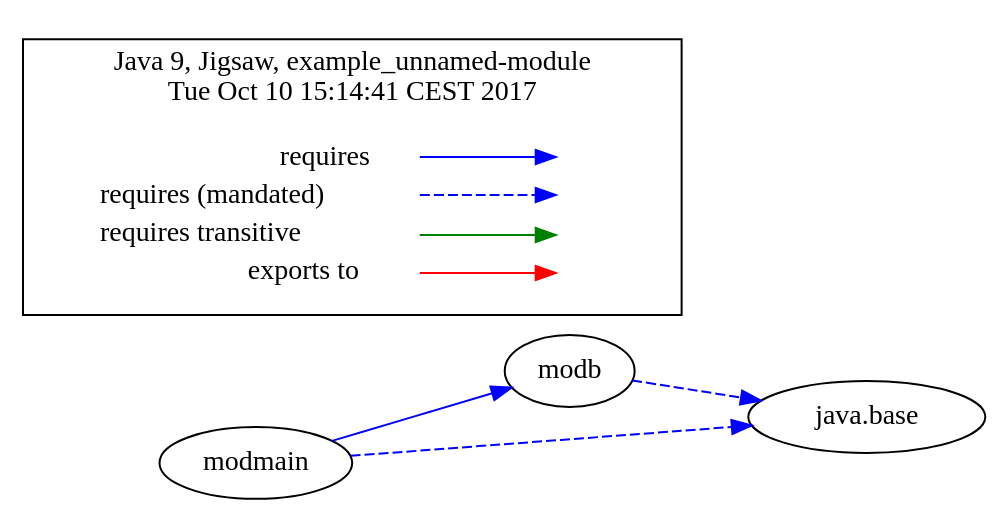
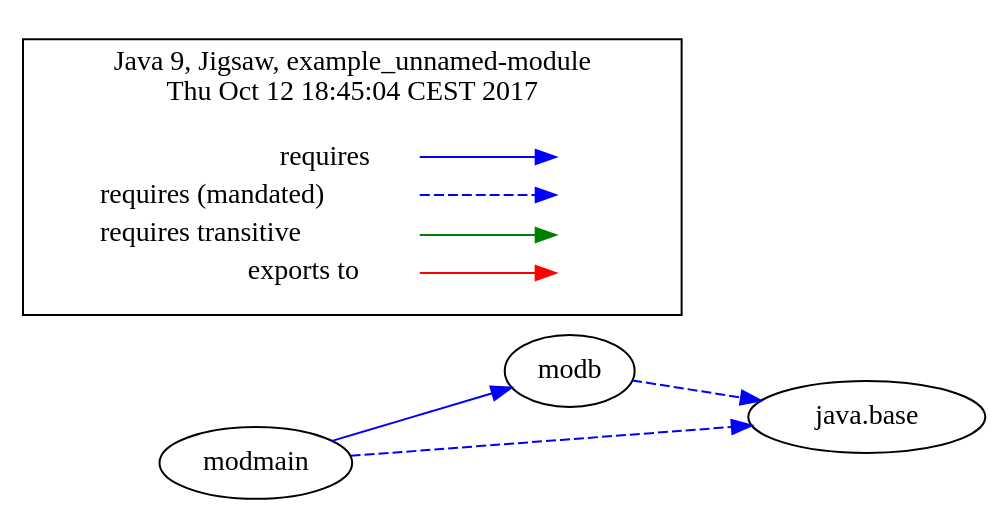
One commit to accso/java9-jigsaw-examples changed the diagram in jigsaw-examples/example_unnamed-module/moduledependencies-withlegend.dot. Above: the diagram before and after it, drawn with Graphviz. The commit also changed 13 other files, not shown here.

```diff
--- a/jigsaw-examples/example_unnamed-module/moduledependencies-withlegend.dot
+++ b/jigsaw-examples/example_unnamed-module/moduledependencies-withlegend.dot
@@ -1,32 +1,32 @@
-# Created by depvis.JigsawDepVisualizer on Tue Oct 10 15:14:40 CEST 2017
+# Created by depvis.JigsawDepVisualizer on Thu Oct 12 18:45:04 CEST 2017
 digraph Java9_Dependency_Visualizer {
-modmain[fontname="Consolas",shape="ellipse",label="modmain"];
 modb[fontname="Consolas",shape="ellipse",label="modb"];
 java_base[fontname="Consolas",shape="ellipse",label="java.base"];
+modmain[fontname="Consolas",shape="ellipse",label="modmain"];
+modb -> java_base[color="#0000ff",fontname="Consolas",fontcolor="#0000ff",style="dashed",weight="16"]
 modmain -> modb[color="#0000ff",fontname="Consolas",fontcolor="#0000ff",weight="8"]
 modmain -> java_base[color="#0000ff",fontname="Consolas",fontcolor="#0000ff",style="dashed",weight="16"]
-modb -> java_base[color="#0000ff",fontname="Consolas",fontcolor="#0000ff",style="dashed",weight="16"]
 rankdir=LR
 node [shape=plaintext]
 subgraph cluster_01 { 
   label = "Java 9, Jigsaw, example_unnamed-module
-Tue Oct 10 15:14:41 CEST 2017"
+Thu Oct 12 18:45:04 CEST 2017"
   fontname="Consolas"
   key [label=<<table border="0" cellpadding="2" cellspacing="0" cellborder="0">
     <tr><td align="right" port="i1">requires</td></tr>
     <tr><td align="right" port="i2">requires (mandated)</td></tr>
     <tr><td align="right" port="i3">requires transitive</td></tr>
     <tr><td align="right" port="i4">exports to</td></tr>
     </table>>,fontname="Consolas"]
   key2 [label=<<table border="0" cellpadding="2" cellspacing="0" cellborder="0">
     <tr><td port="i1">&nbsp;</td></tr>
     <tr><td port="i2">&nbsp;</td></tr>
     <tr><td port="i3">&nbsp;</td></tr>
     <tr><td port="i4">&nbsp;</td></tr>
     </table>>,fontname="Consolas"]
   key:i1:e -> key2:i1:w [color=BLUE]
   key:i2:e -> key2:i2:w [color=BLUE, style=dashed]
   key:i3:e -> key2:i3:w [color=GREEN]
   key:i4:e -> key2:i4:w [color=RED]
 }
 }
```
